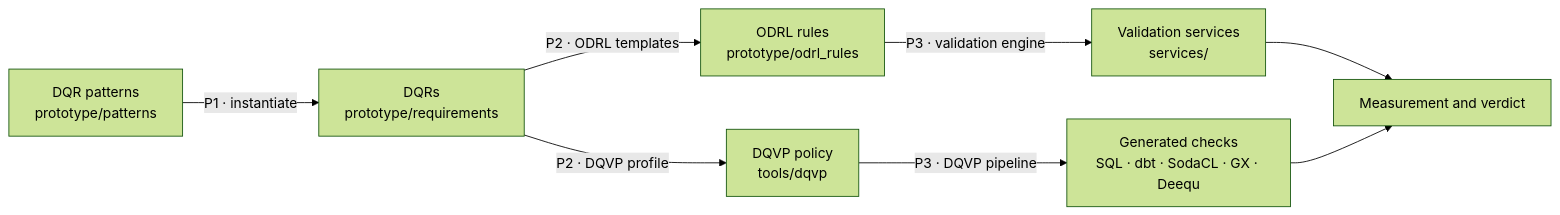
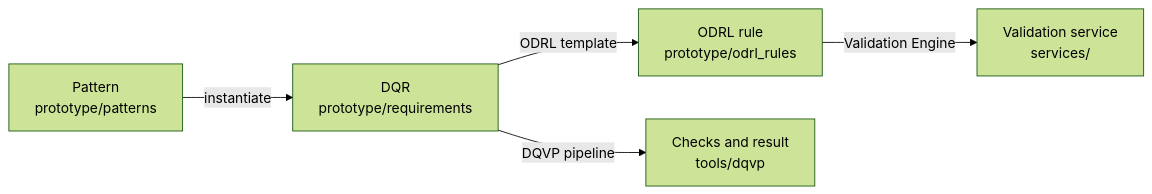
Before and after one commit to feed-upc/DS-DataQualityRequirements: the diagram in README.md, drawn with Mermaid (forest theme). The commit also changed other lines of this file and 1 other file, not shown here.

First line of the commit message:
README: one table with every DQR, its artifacts and its result

````diff
--- a/README.md
+++ b/README.md
@@ -22,10 +7,7 @@
 ```mermaid
 flowchart LR
-  P["DQR patterns<br/>prototype/patterns"] -->|"P1 · instantiate"| R["DQRs<br/>prototype/requirements"]
-  R -->|"P2 · ODRL templates"| O["ODRL rules<br/>prototype/odrl_rules"]
-  R -->|"P2 · DQVP profile"| D["DQVP policy<br/>tools/dqvp"]
-  O -->|"P3 · validation engine"| S["Validation services<br/>services/"]
-  D -->|"P3 · DQVP pipeline"| Q["Generated checks<br/>SQL · dbt · SodaCL · GX · Deequ"]
-  S --> V["Measurement and verdict"]
-  Q --> V
+  P["Pattern<br/>prototype/patterns"] -->|"instantiate"| R["DQR<br/>prototype/requirements"]
+  R -->|"ODRL template"| O["ODRL rule<br/>prototype/odrl_rules"]
+  O -->|"Validation Engine"| S["Validation service<br/>services/"]
+  R -->|"DQVP pipeline"| Q["Checks and result<br/>tools/dqvp"]
 ```
````
